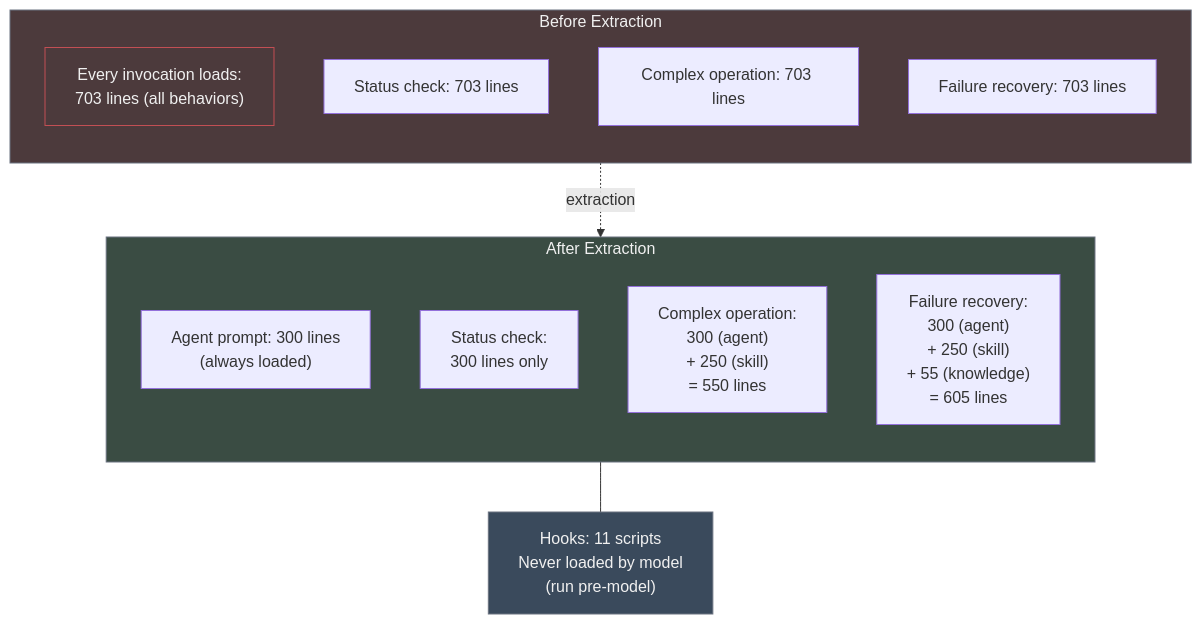
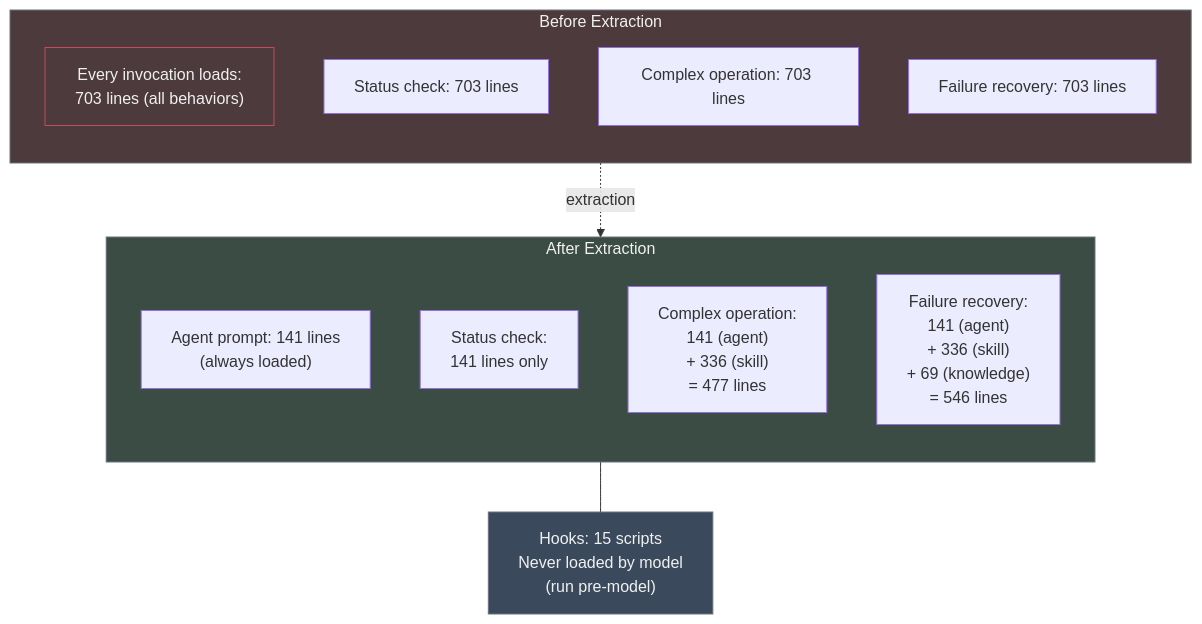
The sixth of 6 diagrams in content/posts/agent-skill-boundary.md (blackwell-systems/blog), drawn with Mermaid before and after one commit. The commit also changed other lines of this file and 1 other file, not shown here.

```diff
--- a/content/posts/agent-skill-boundary.md
+++ b/content/posts/agent-skill-boundary.md
@@ -364,31 +365,31 @@
 {{< mermaid >}}
 flowchart TB
     subgraph before["Before Extraction"]
         direction TB
         b1["Every invocation loads:<br/>703 lines (all behaviors)"]
         b2["Status check: 703 lines"]
         b3["Complex operation: 703 lines"]
         b4["Failure recovery: 703 lines"]
     end
 
     subgraph after["After Extraction"]
         direction TB
-        a1["Agent prompt: 300 lines<br/>(always loaded)"]
+        a1["Agent prompt: 141 lines<br/>(always loaded)"]
 
-        a2["Status check:<br/>300 lines only"]
+        a2["Status check:<br/>141 lines only"]
 
-        a3["Complex operation:<br/>300 (agent)<br/>+ 250 (skill)<br/>= 550 lines"]
+        a3["Complex operation:<br/>141 (agent)<br/>+ 336 (skill)<br/>= 477 lines"]
 
-        a4["Failure recovery:<br/>300 (agent)<br/>+ 250 (skill)<br/>+ 55 (knowledge)<br/>= 605 lines"]
+        a4["Failure recovery:<br/>141 (agent)<br/>+ 336 (skill)<br/>+ 69 (knowledge)<br/>= 546 lines"]
     end
 
-    note1["Hooks: 11 scripts<br/>Never loaded by model<br/>(run pre-model)"]
+    note1["Hooks: 15 scripts<br/>Never loaded by model<br/>(run pre-model)"]
 
     before -.->|"extraction"| after
     after --- note1
 
     style before fill:#4C3A3C,stroke:#6b7280,color:#f0f0f0
     style after fill:#3A4C43,stroke:#6b7280,color:#f0f0f0
     style note1 fill:#3A4A5C,stroke:#6b7280,color:#f0f0f0
     style b1 fill:#4C3A3C,stroke:#C24F54,color:#f0f0f0
 {{< /mermaid >}}
```
